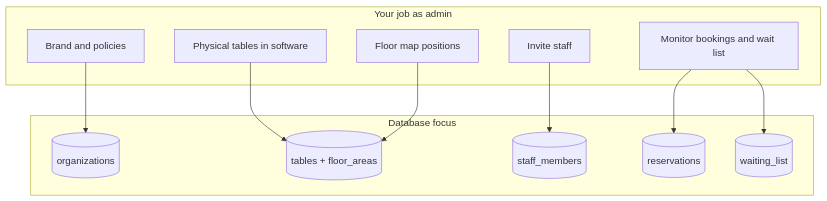
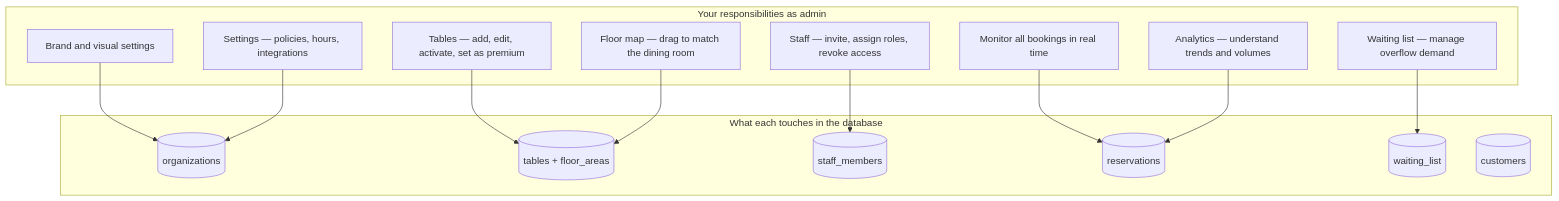
Before and after one commit to pizn-01/dinely: the first of 5 diagrams in docs/CLIENT_HANDOVER_ADMIN_AND_OWNER.md, drawn with Mermaid. The commit also changed other lines of this file and 2 other files, not shown here.

````diff
--- a/docs/CLIENT_HANDOVER_ADMIN_AND_OWNER.md
+++ b/docs/CLIENT_HANDOVER_ADMIN_AND_OWNER.md
@@ -11,23 +11,29 @@
 ```mermaid
 flowchart TB
-  subgraph admin_job [Your job as admin]
-    A[Brand and policies]
-    B[Physical tables in software]
-    C[Floor map positions]
-    D[Invite staff]
-    E[Monitor bookings and wait list]
+  subgraph admin_job [Your responsibilities as admin]
+    A[Brand and visual settings]
+    B[Tables — add, edit, activate, set as premium]
+    C[Floor map — drag to match the dining room]
+    D[Staff — invite, assign roles, revoke access]
+    E[Monitor all bookings in real time]
+    F[Waiting list — manage overflow demand]
+    G[Analytics — understand trends and volumes]
+    H[Settings — policies, hours, integrations]
   end
-  subgraph data_store [Database focus]
+  subgraph data_store [What each touches in the database]
     O[(organizations)]
     T[(tables + floor_areas)]
     S[(staff_members)]
     R[(reservations)]
     W[(waiting_list)]
+    C2[(customers)]
   end
   A --> O
   B --> T
   C --> T
   D --> S
   E --> R
-  E --> W
+  F --> W
+  G --> R
+  H --> O
 ```
````
